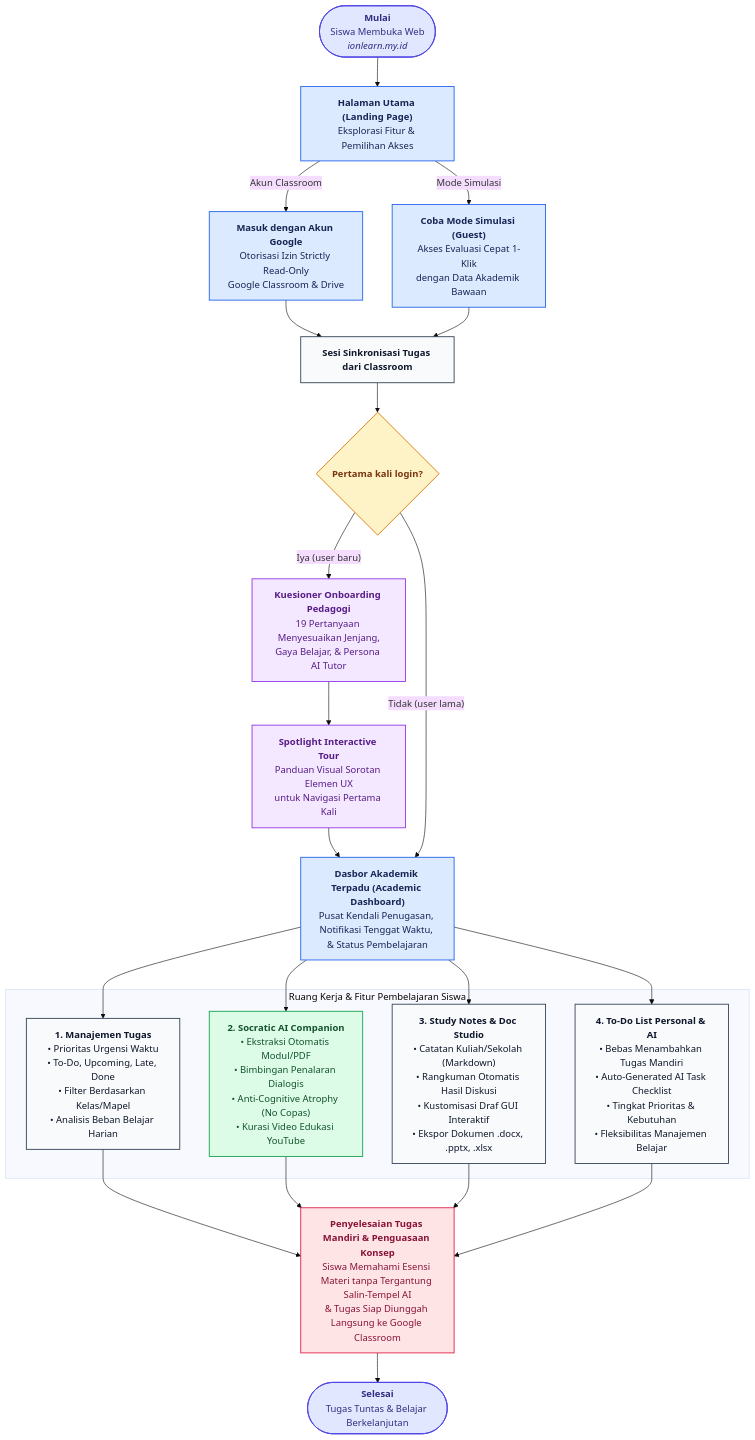
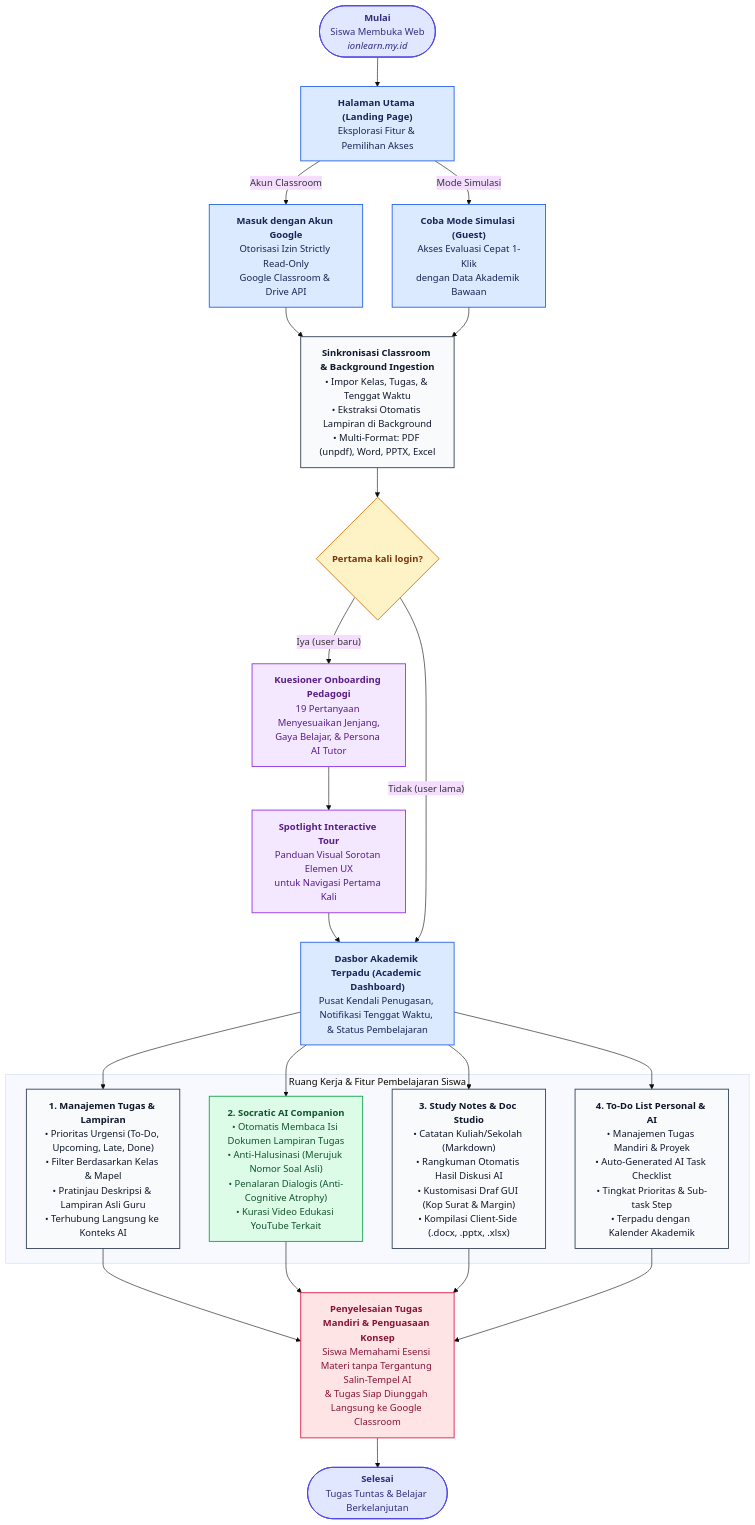
Before and after one commit to bluebleaze/IOnLearn: the second of 2 diagrams in README.md, drawn with Mermaid (base theme). The commit also changed 6 other files, not shown here.

````diff
--- a/README.md
+++ b/README.md
@@ -222,79 +222,79 @@
 ```mermaid
 flowchart TD
 
   node_start(["<b>Mulai</b><br/>Siswa Membuka Web<br/><i>ionlearn.my.id</i>"])
   node_landing["<b>Halaman Utama (Landing Page)</b><br/>Eksplorasi Fitur & Pemilihan Akses"]
 
   node_start --> node_landing
 
-  node_landing -->|"Akun Classroom"| node_auth_google["<b>Masuk dengan Akun Google</b><br/>Otorisasi Izin Strictly Read-Only<br/>Google Classroom & Drive"]
+  node_landing -->|"Akun Classroom"| node_auth_google["<b>Masuk dengan Akun Google</b><br/>Otorisasi Izin Strictly Read-Only<br/>Google Classroom & Drive API"]
   node_landing -->|"Mode Simulasi"| node_auth_demo["<b>Coba Mode Simulasi (Guest)</b><br/>Akses Evaluasi Cepat 1-Klik<br/>dengan Data Akademik Bawaan"]
 
-  node_sync["<b>Sesi Sinkronisasi Tugas dari Classroom</b>"]
+  node_sync["<b>Sinkronisasi Classroom & Background Ingestion</b><br/>• Impor Kelas, Tugas, & Tenggat Waktu<br/>• Ekstraksi Otomatis Lampiran di Background<br/>• Multi-Format: PDF (unpdf), Word, PPTX, Excel"]
   node_auth_google --> node_sync
   node_auth_demo --> node_sync
 
   node_decision_first{"<b>Pertama kali login?</b>"}
   node_sync --> node_decision_first
 
   node_onboarding["<b>Kuesioner Onboarding Pedagogi</b><br/>19 Pertanyaan Menyesuaikan Jenjang,<br/>Gaya Belajar, & Persona AI Tutor"]
   node_spotlight["<b>Spotlight Interactive Tour</b><br/>Panduan Visual Sorotan Elemen UX<br/>untuk Navigasi Pertama Kali"]
 
   node_decision_first -->|"Iya (user baru)"| node_onboarding
   node_onboarding --> node_spotlight
   node_spotlight --> node_dashboard
 
   node_decision_first -->|"Tidak (user lama)"| node_dashboard
 
   node_dashboard["<b>Dasbor Akademik Terpadu (Academic Dashboard)</b><br/>Pusat Kendali Penugasan, Notifikasi Tenggat Waktu, & Status Pembelajaran"]
 
   subgraph group_features["Ruang Kerja & Fitur Pembelajaran Siswa"]
-    feat_tasks["<b>1. Manajemen Tugas</b><br/>• Prioritas Urgensi Waktu<br/>• To-Do, Upcoming, Late, Done<br/>• Filter Berdasarkan Kelas/Mapel<br/>• Analisis Beban Belajar Harian"]
-    feat_ai["<b>2. Socratic AI Companion</b><br/>• Ekstraksi Otomatis Modul/PDF<br/>• Bimbingan Penalaran Dialogis<br/>• Anti-Cognitive Atrophy (No Copas)<br/>• Kurasi Video Edukasi YouTube"]
-    feat_notes["<b>3. Study Notes & Doc Studio</b><br/>• Catatan Kuliah/Sekolah (Markdown)<br/>• Rangkuman Otomatis Hasil Diskusi<br/>• Kustomisasi Draf GUI Interaktif<br/>• Ekspor Dokumen .docx, .pptx, .xlsx"]
-    feat_todo["<b>4. To-Do List Personal & AI</b><br/>• Bebas Menambahkan Tugas Mandiri<br/>• Auto-Generated AI Task Checklist<br/>• Tingkat Prioritas & Kebutuhan<br/>• Fleksibilitas Manajemen Belajar"]
+    feat_tasks["<b>1. Manajemen Tugas & Lampiran</b><br/>• Prioritas Urgensi (To-Do, Upcoming, Late, Done)<br/>• Filter Berdasarkan Kelas & Mapel<br/>• Pratinjau Deskripsi & Lampiran Asli Guru<br/>• Terhubung Langsung ke Konteks AI"]
+    feat_ai["<b>2. Socratic AI Companion</b><br/>• Otomatis Membaca Isi Dokumen Lampiran Tugas<br/>• Anti-Halusinasi (Merujuk Nomor Soal Asli)<br/>• Penalaran Dialogis (Anti-Cognitive Atrophy)<br/>• Kurasi Video Edukasi YouTube Terkait"]
+    feat_notes["<b>3. Study Notes & Doc Studio</b><br/>• Catatan Kuliah/Sekolah (Markdown)<br/>• Rangkuman Otomatis Hasil Diskusi AI<br/>• Kustomisasi Draf GUI (Kop Surat & Margin)<br/>• Kompilasi Client-Side (.docx, .pptx, .xlsx)"]
+    feat_todo["<b>4. To-Do List Personal & AI</b><br/>• Manajemen Tugas Mandiri & Proyek<br/>• Auto-Generated AI Task Checklist<br/>• Tingkat Prioritas & Sub-task Step<br/>• Terpadu dengan Kalender Akademik"]
   end
 
   node_dashboard --> feat_tasks
   node_dashboard --> feat_ai
   node_dashboard --> feat_notes
   node_dashboard --> feat_todo
 
   node_outcome["<b>Penyelesaian Tugas Mandiri & Penguasaan Konsep</b><br/>Siswa Memahami Esensi Materi tanpa Tergantung Salin-Tempel AI<br>& Tugas Siap Diunggah Langsung ke Google Classroom"]
 
   feat_tasks --> node_outcome
   feat_ai --> node_outcome
   feat_notes --> node_outcome
   feat_todo --> node_outcome
 
   node_end(["<b>Selesai</b><br/>Tugas Tuntas & Belajar Berkelanjutan"])
   node_outcome --> node_end
 
   click node_landing "https://github.com/bluebleaze/ionlearn/blob/main/src/components/LandingPage.tsx"
   click node_sync "https://github.com/bluebleaze/ionlearn/blob/main/src/services/classroomService.ts"
   click node_onboarding "https://github.com/bluebleaze/ionlearn/blob/main/src/components/OnboardingFlow.tsx"
   click node_spotlight "https://github.com/bluebleaze/ionlearn/blob/main/src/components/SpotlightTour.tsx"
   click node_dashboard "https://github.com/bluebleaze/ionlearn/blob/main/src/app/dashboard/page.tsx"
   click feat_tasks "https://github.com/bluebleaze/ionlearn/blob/main/src/components/TaskCard.tsx"
   click feat_ai "https://github.com/bluebleaze/ionlearn/blob/main/src/app/api/ai/chat/route.ts"
   click feat_notes "https://github.com/bluebleaze/ionlearn/blob/main/src/components/ai/DocumentCustomizerModal.tsx"
   click feat_todo "https://github.com/bluebleaze/ionlearn/blob/main/src/app/todo/page.tsx"
 
   classDef toneNeutral fill:#f8fafc,stroke:#334155,stroke-width:1.5px,color:#0f172a
   classDef toneBlue fill:#dbeafe,stroke:#2563eb,stroke-width:1.5px,color:#172554
   classDef toneAmber fill:#fef3c7,stroke:#d97706,stroke-width:1.5px,color:#78350f
   classDef toneMint fill:#dcfce7,stroke:#16a34a,stroke-width:1.5px,color:#14532d
   classDef toneRose fill:#ffe4e6,stroke:#e11d48,stroke-width:1.5px,color:#881337
   classDef toneIndigo fill:#e0e7ff,stroke:#4f46e5,stroke-width:1.5px,color:#312e81
   classDef tonePurple fill:#f3e8ff,stroke:#9333ea,stroke-width:1.5px,color:#581c87
 
   class node_start,node_end toneIndigo
   class node_landing,node_auth_google,node_auth_demo toneBlue
   class node_sync toneNeutral
   class node_decision_first toneAmber
   class node_onboarding,node_spotlight tonePurple
   class node_dashboard toneBlue
   class feat_tasks,feat_notes,feat_todo toneNeutral
   class feat_ai toneMint
   class node_outcome toneRose
 ```
````
